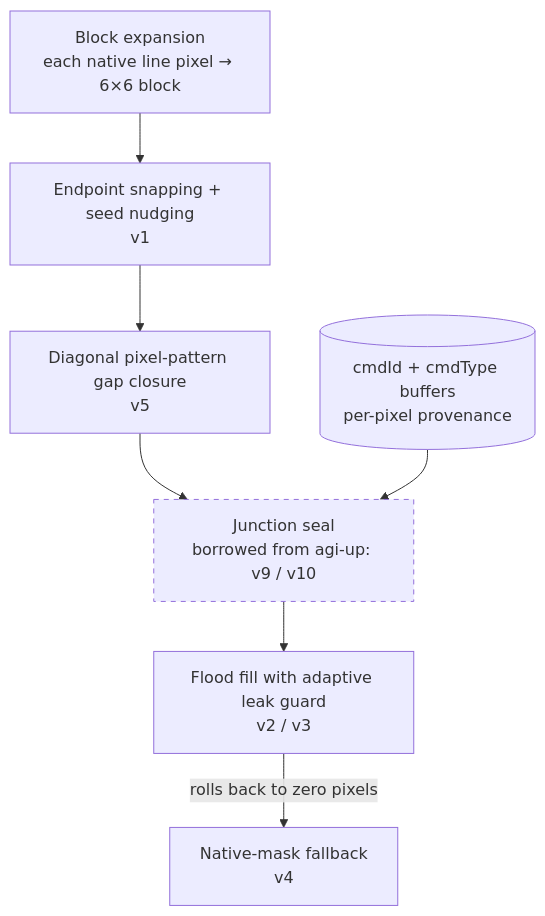
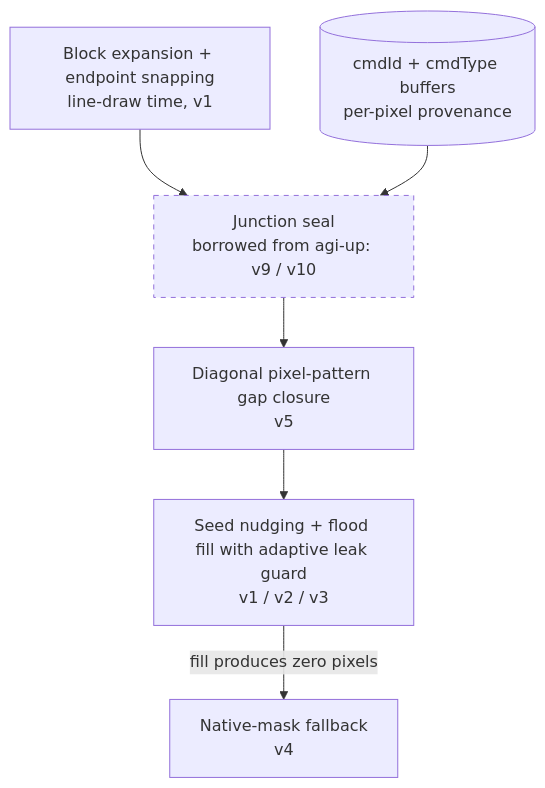
The diagram in src/content/posts/agi-up-as-a-reference-renderer/index.mdx (jonborchardt/blog), drawn with Mermaid before and after one commit. The commit also changed other lines of this file and 3 other files, not shown here.

````diff
--- a/src/content/posts/agi-up-as-a-reference-renderer/index.mdx
+++ b/src/content/posts/agi-up-as-a-reference-renderer/index.mdx
@@ -67,12 +68,11 @@
 ```mermaid
 flowchart TB
   accTitle: Where the borrowed junction seal fits in the snap pipeline
-  accDescr: The pipeline runs block expansion, then endpoint snapping and seed nudging, then diagonal gap closure, then the flood fill with a per-fill leak guard that can roll back and fall back to the native mask. The agi-up ideas add two provenance buffers, command id and command type per pixel, which feed one new junction-seal pass placed between gap closure and the fill. Stacked on v5 this is snap-v10.
-  A[Block expansion<br/>each native line pixel → 6×6 block] --> B[Endpoint snapping + seed nudging<br/>v1]
-  B --> C[Diagonal pixel-pattern gap closure<br/>v5]
-  C --> S[Junction seal<br/>borrowed from agi-up: v9 / v10]
-  S --> D[Flood fill with adaptive leak guard<br/>v2 / v3]
-  D -->|rolls back to zero pixels| E[Native-mask fallback<br/>v4]
+  accDescr: The pipeline runs block expansion with endpoint snapping at line-draw time, then for each fill command a new junction-seal pass, then diagonal gap closure, then seed nudging and the flood fill with a per-fill leak guard, falling back to the native mask when a fill produces zero pixels. The agi-up ideas add two provenance buffers, command id and command type per pixel, which feed the junction-seal pass placed before gap closure. Stacked on v5 this is snap-v10.
+  A[Block expansion + endpoint snapping<br/>line-draw time, v1] --> S[Junction seal<br/>borrowed from agi-up: v9 / v10]
+  S --> C[Diagonal pixel-pattern gap closure<br/>v5]
+  C --> D[Seed nudging + flood fill with adaptive leak guard<br/>v1 / v2 / v3]
+  D -->|fill produces zero pixels| E[Native-mask fallback<br/>v4]
   P[(cmdId + cmdType buffers<br/>per-pixel provenance)] --> S
   style S stroke-dasharray: 5 5
 ```
````
